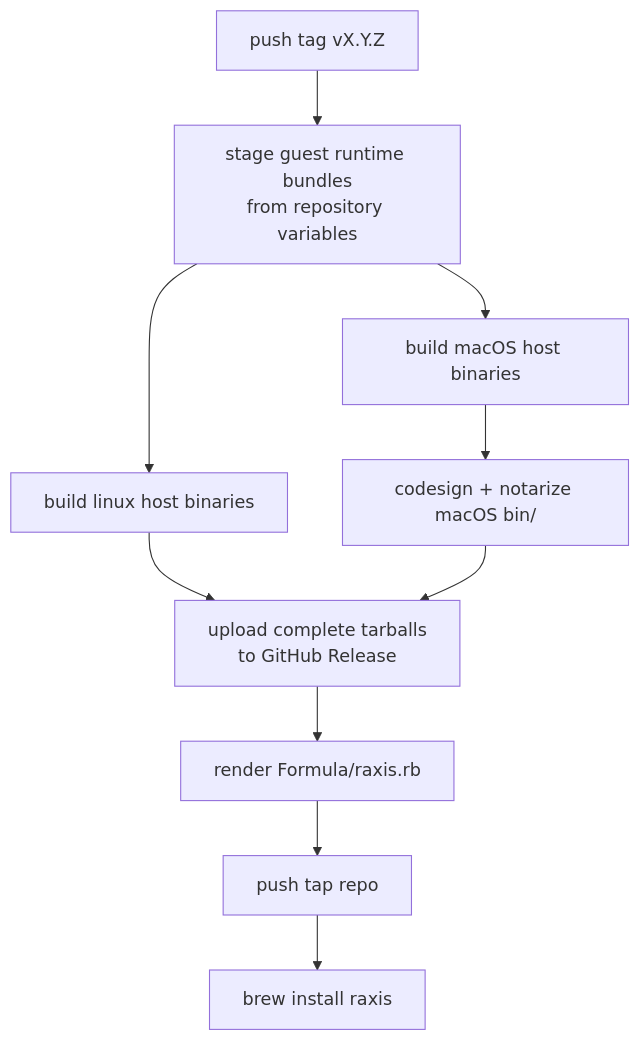
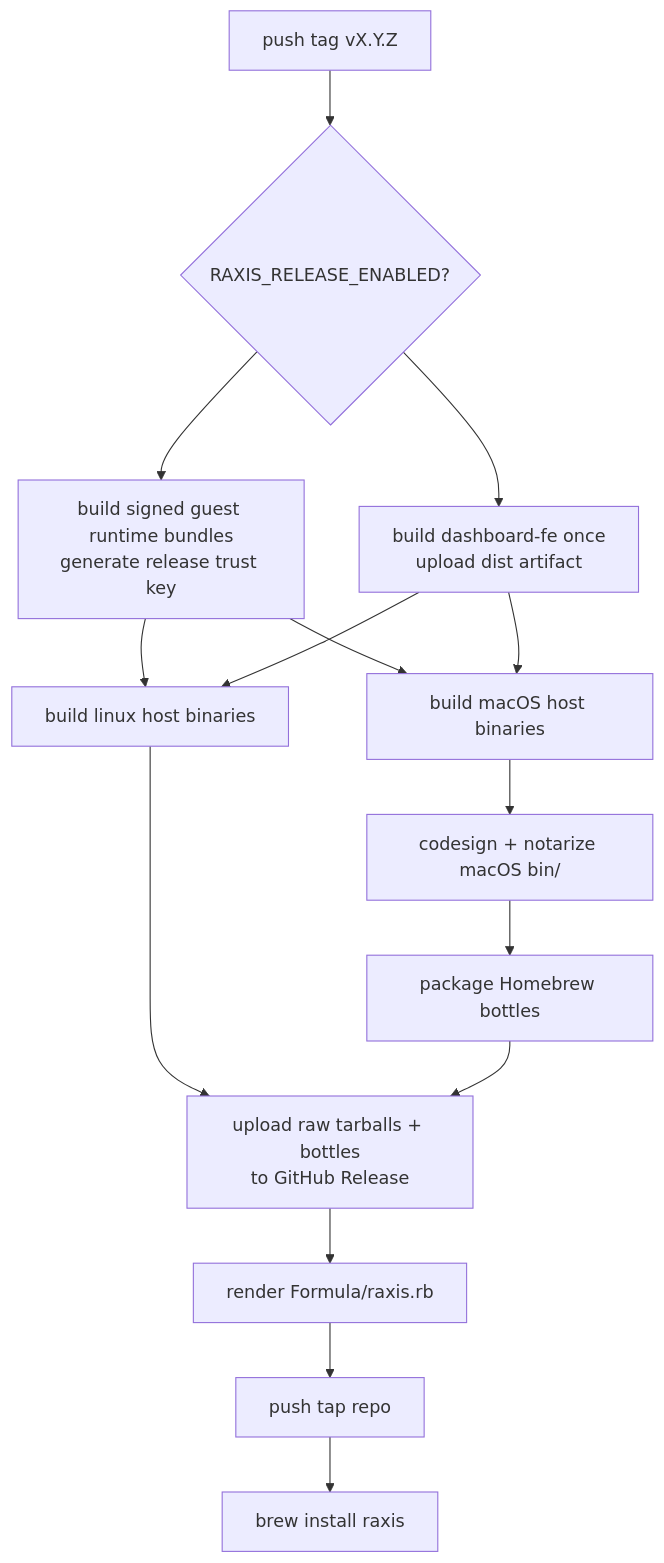
One commit to chika5105/raxis changed the second of 2 diagrams in raxis/release/README.md. Above: the diagram before and after it, drawn with Mermaid. The commit also changed other lines of this file and 6 other files, not shown here.

Commit message:
Complete Homebrew release pipeline

````diff
--- a/raxis/release/README.md
+++ b/raxis/release/README.md
@@ -124,20 +158,28 @@
 ```mermaid
 flowchart TD
     tag["push tag vX.Y.Z"]
-    images["stage guest runtime bundles<br/>from repository variables"]
+    gate{"RAXIS_RELEASE_ENABLED?"}
+    images["build signed guest runtime bundles<br/>generate release trust key"]
+    dashboard["build dashboard-fe once<br/>upload dist artifact"]
     linux["build linux host binaries"]
     mac["build macOS host binaries"]
     notarize["codesign + notarize macOS bin/"]
-    publish["upload complete tarballs<br/>to GitHub Release"]
+    bottles["package Homebrew bottles"]
+    publish["upload raw tarballs + bottles<br/>to GitHub Release"]
     formula["render Formula/raxis.rb"]
     tap["push tap repo"]
     user["brew install raxis"]
 
-    tag --> images
+    tag --> gate
+    gate --> images
+    gate --> dashboard
     images --> linux
     images --> mac
+    dashboard --> linux
+    dashboard --> mac
     mac --> notarize
+    notarize --> bottles
     linux --> publish
-    notarize --> publish
+    bottles --> publish
     publish --> formula --> tap --> user
 ```
````
